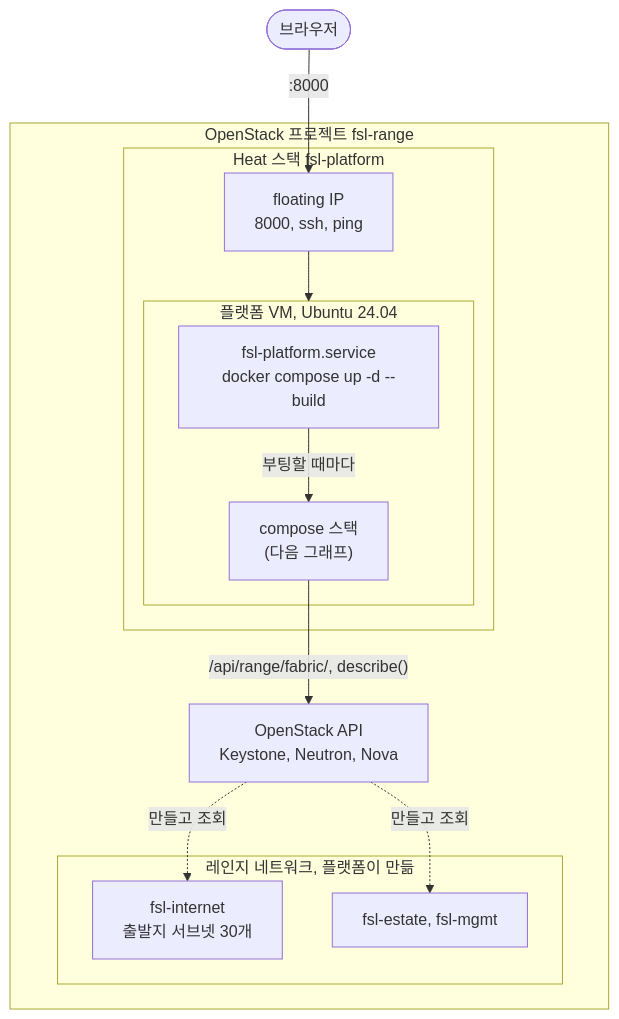
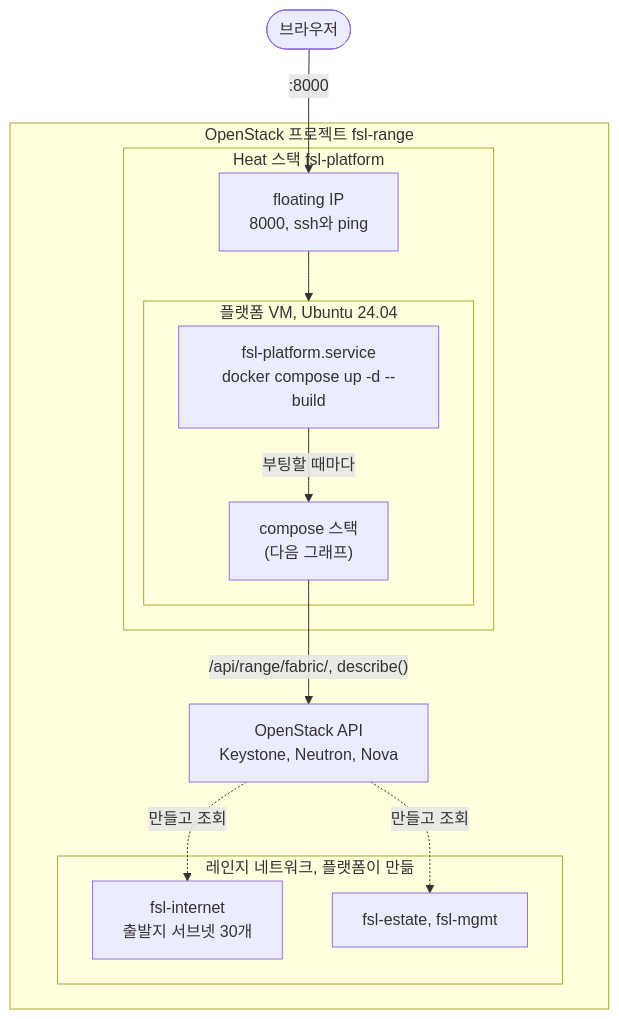
One commit to Nekonic/fsl-project-mvp changed the first of 2 diagrams in README.ko.md. Above: the diagram before and after it, drawn with Mermaid. The commit also changed other lines of this file and 1 other file, not shown here.

Commit message:
docs: bring Korean README and ARCHITECTURE mirrors current with English

````diff
--- a/README.ko.md
+++ b/README.ko.md
@@ -24,26 +17,26 @@
 ```mermaid
 flowchart TB
   person(["브라우저"])
 
   subgraph cloud["OpenStack 프로젝트 fsl-range"]
     api["OpenStack API<br/>Keystone, Neutron, Nova"]
     subgraph heat["Heat 스택 fsl-platform"]
-      fip["floating IP<br/>8000, ssh, ping"]
+      fip["floating IP<br/>8000, ssh와 ping"]
       subgraph vm["플랫폼 VM, Ubuntu 24.04"]
         unit["fsl-platform.service<br/>docker compose up -d --build"]
         stack["compose 스택<br/>(다음 그래프)"]
       end
     end
     subgraph fabric_box["레인지 네트워크, 플랫폼이 만듦"]
       internet["fsl-internet<br/>출발지 서브넷 30개"]
       inside["fsl-estate, fsl-mgmt"]
     end
   end
 
   person -->|":8000"| fip
   fip --> vm
   unit -->|"부팅할 때마다"| stack
   stack -->|"/api/range/fabric/, describe()"| api
   api -.->|만들고 조회| internet
   api -.->|만들고 조회| inside
 ```
````
